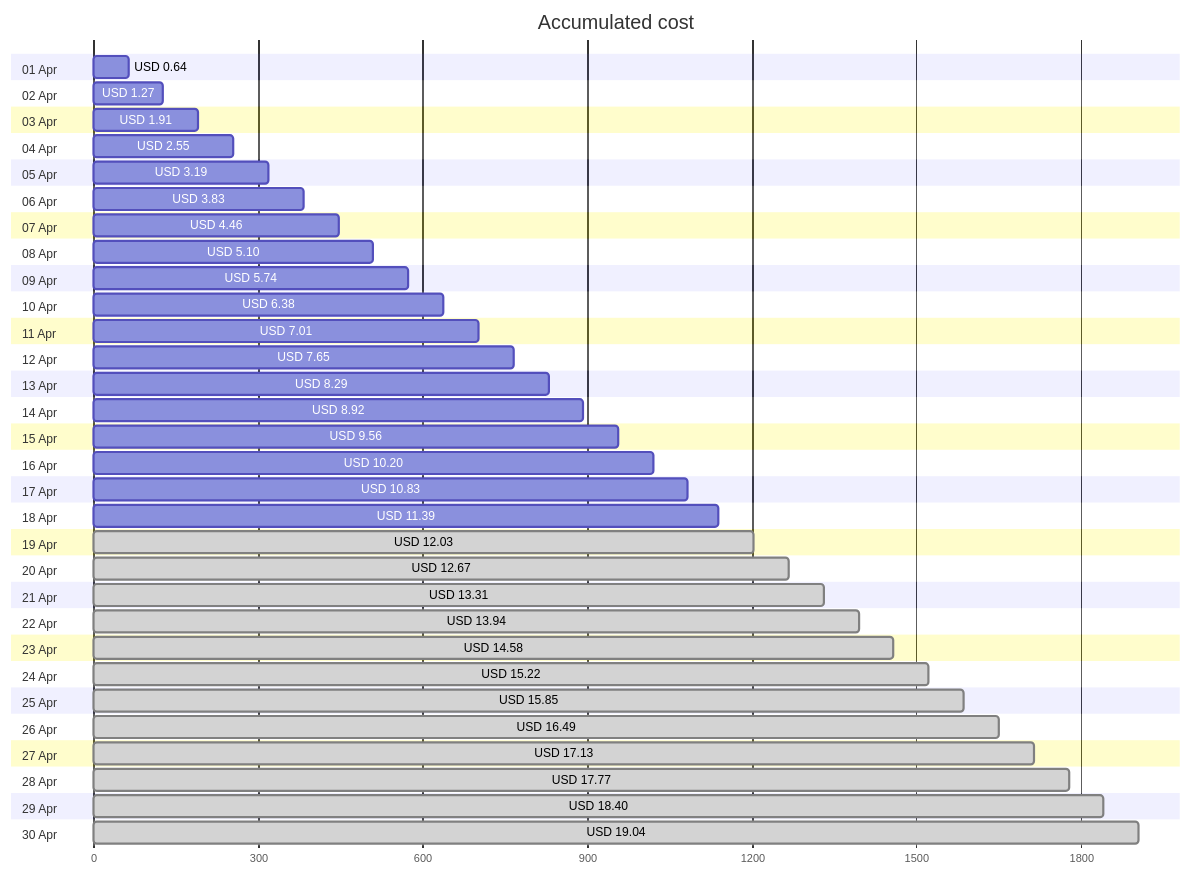
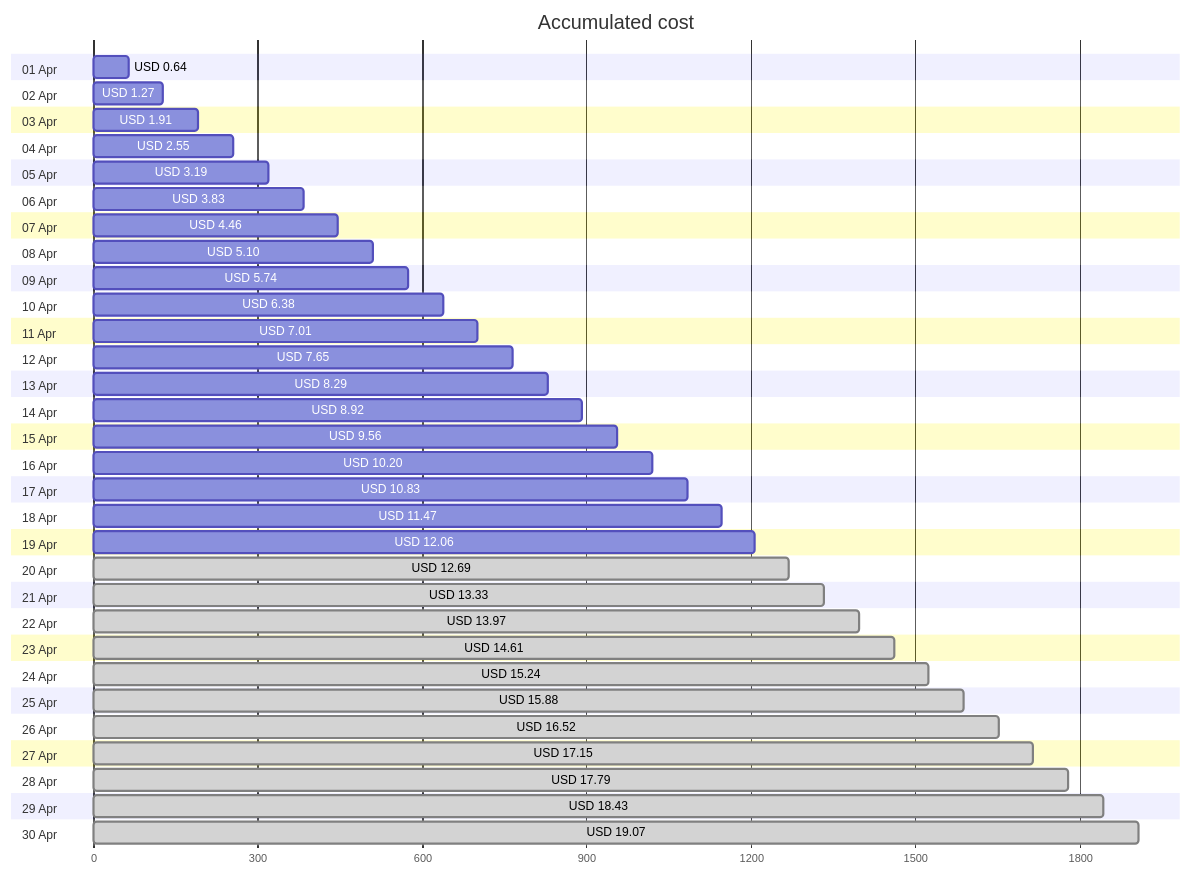
One commit to jpfulton/azure-personal-reports changed the first of 4 diagrams in cost-reports/accumulated-cost.md. Above: the diagram before and after it, drawn with Mermaid. The commit also changed other lines of this file and 4 other files, not shown here.

````diff
--- a/cost-reports/accumulated-cost.md
+++ b/cost-reports/accumulated-cost.md
@@ -20,66 +20,66 @@
 ```mermaid
 gantt
    title Accumulated cost
    dateFormat  X
    axisFormat %s
    section 01 Apr
    USD 0.64 :0, 64
    section 02 Apr
    USD 1.27 :0, 127
    section 03 Apr
    USD 1.91 :0, 191
    section 04 Apr
    USD 2.55 :0, 255
    section 05 Apr
    USD 3.19 :0, 319
    section 06 Apr
    USD 3.83 :0, 383
    section 07 Apr
    USD 4.46 :0, 446
    section 08 Apr
    USD 5.10 :0, 510
    section 09 Apr
    USD 5.74 :0, 574
    section 10 Apr
    USD 6.38 :0, 638
    section 11 Apr
    USD 7.01 :0, 701
    section 12 Apr
    USD 7.65 :0, 765
    section 13 Apr
    USD 8.29 :0, 829
    section 14 Apr
    USD 8.92 :0, 892
    section 15 Apr
    USD 9.56 :0, 956
    section 16 Apr
    USD 10.20 :0, 1020
    section 17 Apr
    USD 10.83 :0, 1083
    section 18 Apr
-   USD 11.39 :0, 1139
+   USD 11.47 :0, 1147
    section 19 Apr
-   USD 12.03 : done, 0, 1203
+   USD 12.06 :0, 1206
    section 20 Apr
-   USD 12.67 : done, 0, 1267
+   USD 12.69 : done, 0, 1269
    section 21 Apr
-   USD 13.31 : done, 0, 1331
+   USD 13.33 : done, 0, 1333
    section 22 Apr
-   USD 13.94 : done, 0, 1394
+   USD 13.97 : done, 0, 1397
    section 23 Apr
-   USD 14.58 : done, 0, 1458
+   USD 14.61 : done, 0, 1461
    section 24 Apr
-   USD 15.22 : done, 0, 1522
+   USD 15.24 : done, 0, 1524
    section 25 Apr
-   USD 15.85 : done, 0, 1585
+   USD 15.88 : done, 0, 1588
    section 26 Apr
-   USD 16.49 : done, 0, 1649
+   USD 16.52 : done, 0, 1652
    section 27 Apr
-   USD 17.13 : done, 0, 1713
+   USD 17.15 : done, 0, 1715
    section 28 Apr
-   USD 17.77 : done, 0, 1777
+   USD 17.79 : done, 0, 1779
    section 29 Apr
-   USD 18.40 : done, 0, 1840
+   USD 18.43 : done, 0, 1843
    section 30 Apr
-   USD 19.04 : done, 0, 1904
+   USD 19.07 : done, 0, 1907
 ```
````
